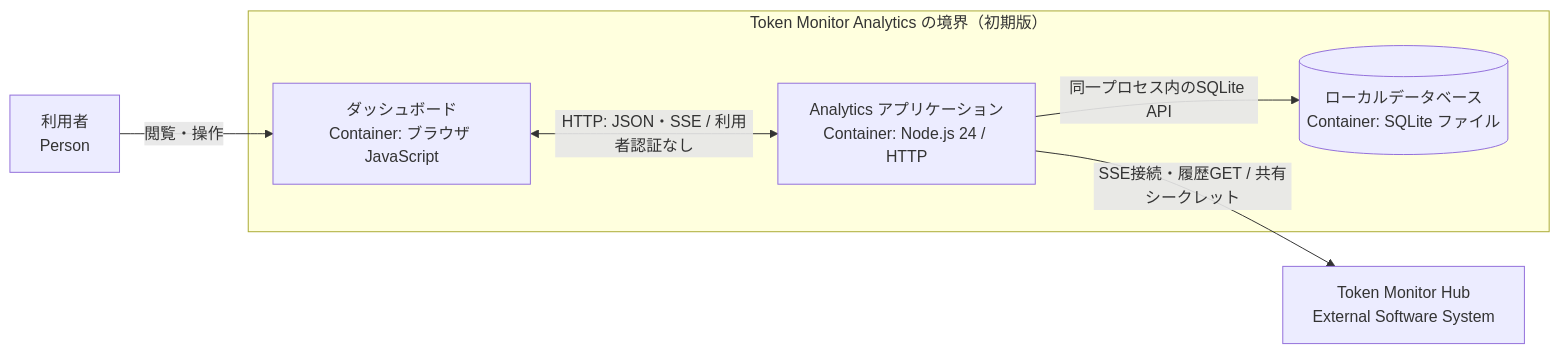
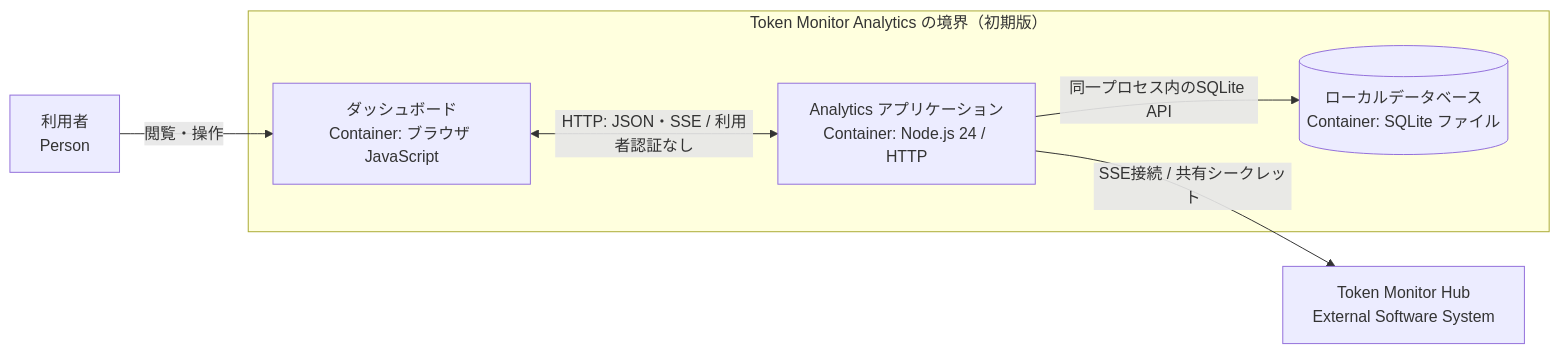
Before and after one commit to nuitsjp/token-monitor-analytics: the second of 4 diagrams in docs/architecture.md, drawn with Mermaid. The commit also changed other lines of this file and 43 other files, not shown here.

````diff
--- a/docs/architecture.md
+++ b/docs/architecture.md
@@ -43,14 +43,14 @@
 ```mermaid
 flowchart LR
     User["利用者<br/>Person"]
     Hub["Token Monitor Hub<br/>External Software System"]
     subgraph System["Token Monitor Analytics の境界（初期版）"]
         Browser["ダッシュボード<br/>Container: ブラウザ JavaScript"]
         App["Analytics アプリケーション<br/>Container: Node.js 24 / HTTP"]
         DB[("ローカルデータベース<br/>Container: SQLite ファイル")]
     end
     User -->|閲覧・操作| Browser
     Browser <-->|HTTP: JSON・SSE / 利用者認証なし| App
-    App -->|SSE接続・履歴GET / 共有シークレット| Hub
+    App -->|SSE接続 / 共有シークレット| Hub
     App -->|同一プロセス内のSQLite API| DB
 ```
````
